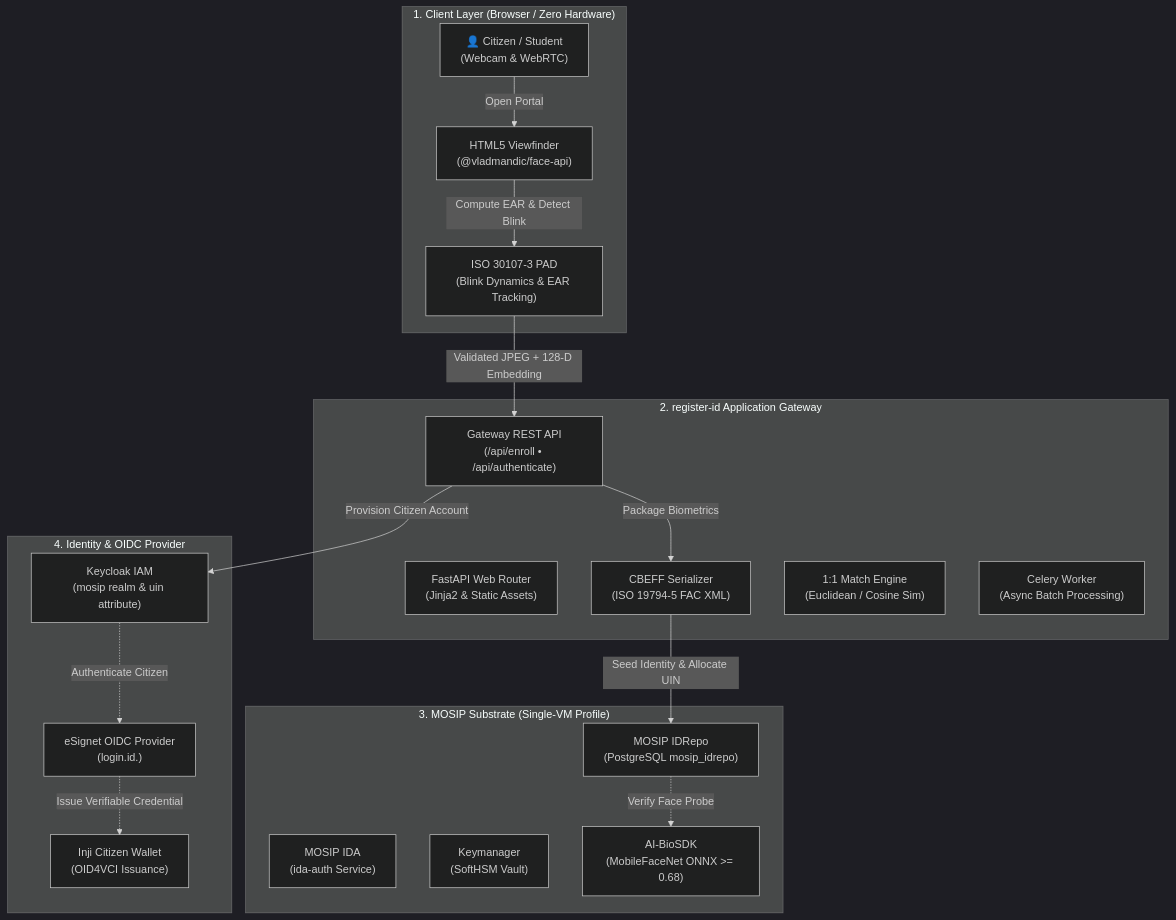
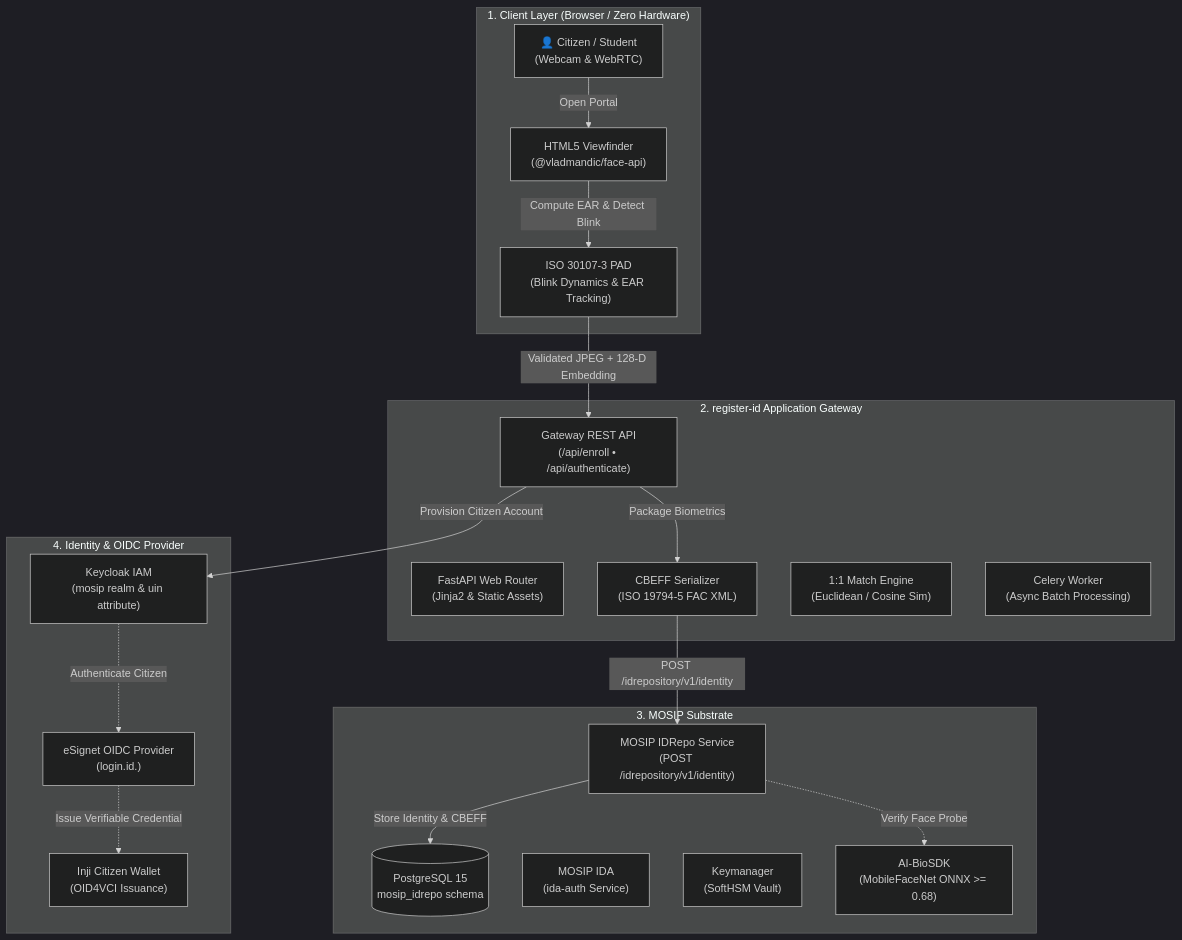
The first of 2 diagrams in docs/objectives-and-milestones.md (mosip-asia/dpi-register-id), drawn with Mermaid (dark theme) before and after one commit. The commit also changed other lines of this file and 10 other files, not shown here.

Commit message:
feat(idrepo): decouple database access and integrate official MOSIP IDRepo REST interface

````diff
--- a/docs/objectives-and-milestones.md
+++ b/docs/objectives-and-milestones.md
@@ -30,39 +30,41 @@
 ```mermaid
 flowchart TD
     subgraph Client["1. Client Layer (Browser / Zero Hardware)"]
         Citizen["👤 Citizen / Student<br/>(Webcam & WebRTC)"]
         Viewfinder["HTML5 Viewfinder<br/>(@vladmandic/face-api)"]
         PAD["ISO 30107-3 PAD<br/>(Blink Dynamics & EAR Tracking)"]
     end
 
     subgraph Gateway["2. register-id Application Gateway"]
         WebUI["FastAPI Web Router<br/>(Jinja2 & Static Assets)"]
         APIRouter["Gateway REST API<br/>(/api/enroll • /api/authenticate)"]
         CBEFFBuilder["CBEFF Serializer<br/>(ISO 19794-5 FAC XML)"]
         AuthMatcher["1:1 Match Engine<br/>(Euclidean / Cosine Sim)"]
         CeleryWorker["Celery Worker<br/>(Async Batch Processing)"]
     end
 
-    subgraph MosipSubstrate["3. MOSIP Substrate (Single-VM Profile)"]
-        IDRepo["MOSIP IDRepo<br/>(PostgreSQL mosip_idrepo)"]
+    subgraph MosipSubstrate["3. MOSIP Substrate"]
+        IDRepo["MOSIP IDRepo Service<br/>(POST /idrepository/v1/identity)"]
+        PostgresDB[("PostgreSQL 15<br/>mosip_idrepo schema")]
         IDA["MOSIP IDA<br/>(ida-auth Service)"]
         Keymanager["Keymanager<br/>(SoftHSM Vault)"]
         BioSDK["AI-BioSDK<br/>(MobileFaceNet ONNX >= 0.68)"]
     end
 
     subgraph IAM["4. Identity & OIDC Provider"]
         Keycloak["Keycloak IAM<br/>(mosip realm & uin attribute)"]
         eSignet["eSignet OIDC Provider<br/>(login.id.<domain>)"]
         Wallet["Inji Citizen Wallet<br/>(OID4VCI Issuance)"]
     end
 
     Citizen -->|"Open Portal"| Viewfinder
     Viewfinder -->|"Compute EAR & Detect Blink"| PAD
     PAD -->|"Validated JPEG + 128-D Embedding"| APIRouter
     APIRouter -->|"Package Biometrics"| CBEFFBuilder
-    CBEFFBuilder -->|"Seed Identity & Allocate UIN"| IDRepo
+    CBEFFBuilder -->|"POST /idrepository/v1/identity"| IDRepo
+    IDRepo -->|"Store Identity & CBEFF"| PostgresDB
     APIRouter -->|"Provision Citizen Account"| Keycloak
     Keycloak -.->|"Authenticate Citizen"| eSignet
     eSignet -.->|"Issue Verifiable Credential"| Wallet
     IDRepo -.->|"Verify Face Probe"| BioSDK
 ```
````
